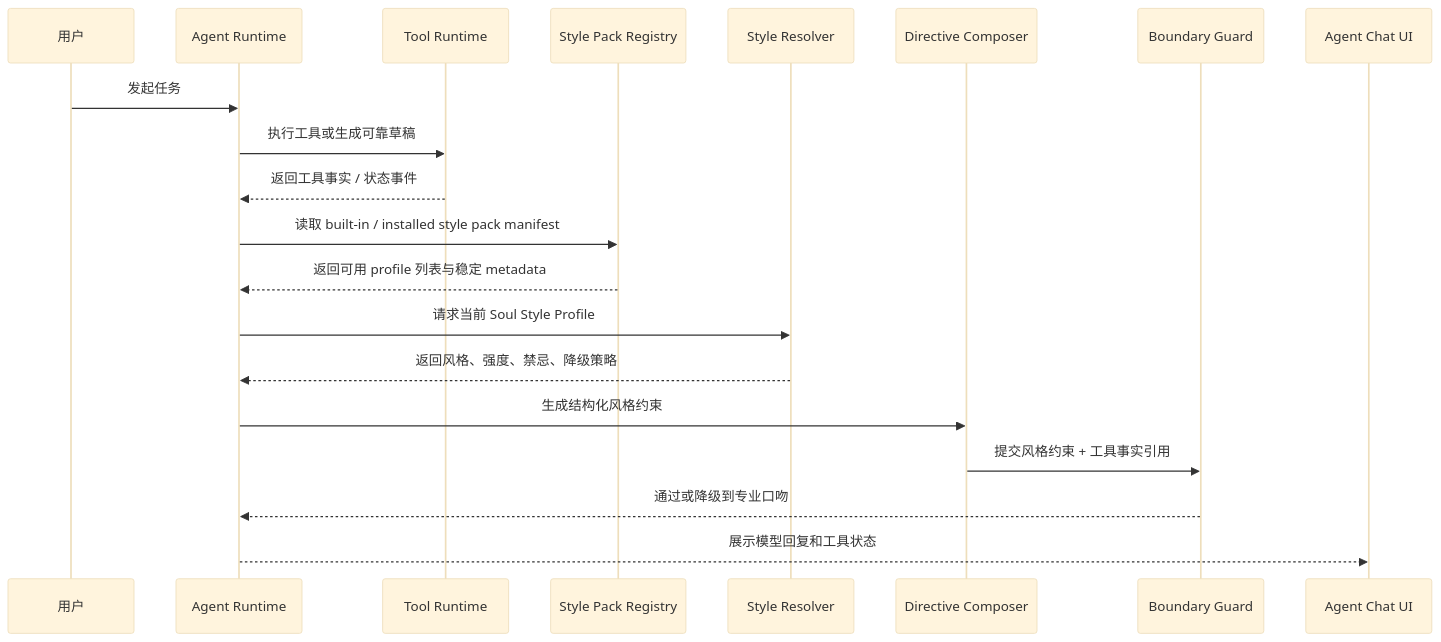
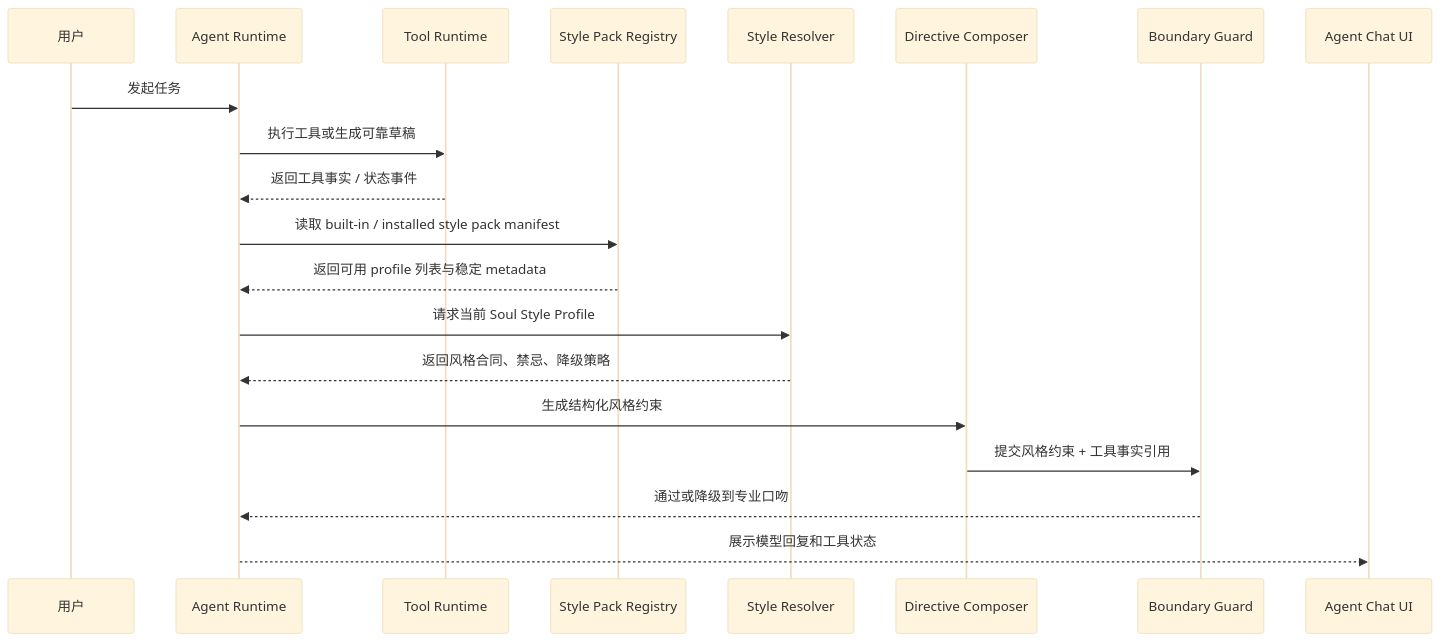
One commit to jiujuan/lime changed the second of 3 diagrams in internal/roadmap/soul/personal-style-profiles.md. Above: the diagram before and after it, drawn with Mermaid (base theme). The commit also changed other lines of this file and 611 other files, not shown here.

````diff
--- a/internal/roadmap/soul/personal-style-profiles.md
+++ b/internal/roadmap/soul/personal-style-profiles.md
@@ -436,23 +435,23 @@
 ```mermaid
 sequenceDiagram
   participant U as 用户
   participant R as Agent Runtime
   participant T as Tool Runtime
   participant P as Style Pack Registry
   participant S as Style Resolver
   participant C as Directive Composer
   participant G as Boundary Guard
   participant UI as Agent Chat UI
 
   U->>R: 发起任务
   R->>T: 执行工具或生成可靠草稿
   T-->>R: 返回工具事实 / 状态事件
   R->>P: 读取 built-in / installed style pack manifest
   P-->>R: 返回可用 profile 列表与稳定 metadata
   R->>S: 请求当前 Soul Style Profile
-  S-->>R: 返回风格、强度、禁忌、降级策略
+  S-->>R: 返回风格合同、禁忌、降级策略
   R->>C: 生成结构化风格约束
   C->>G: 提交风格约束 + 工具事实引用
   G-->>R: 通过或降级到专业口吻
   R-->>UI: 展示模型回复和工具状态
 ```
````
